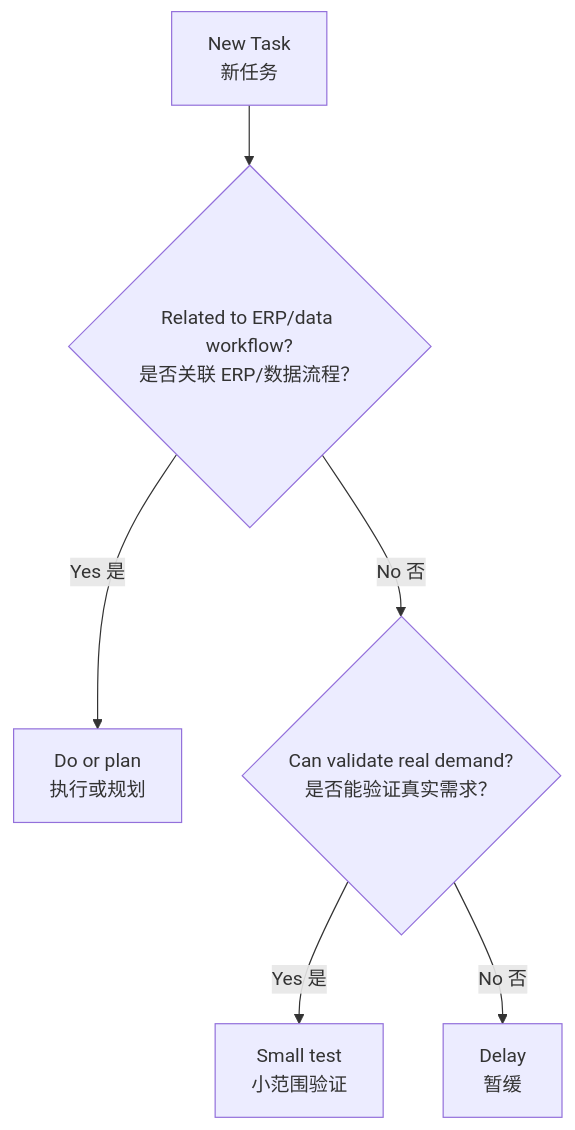
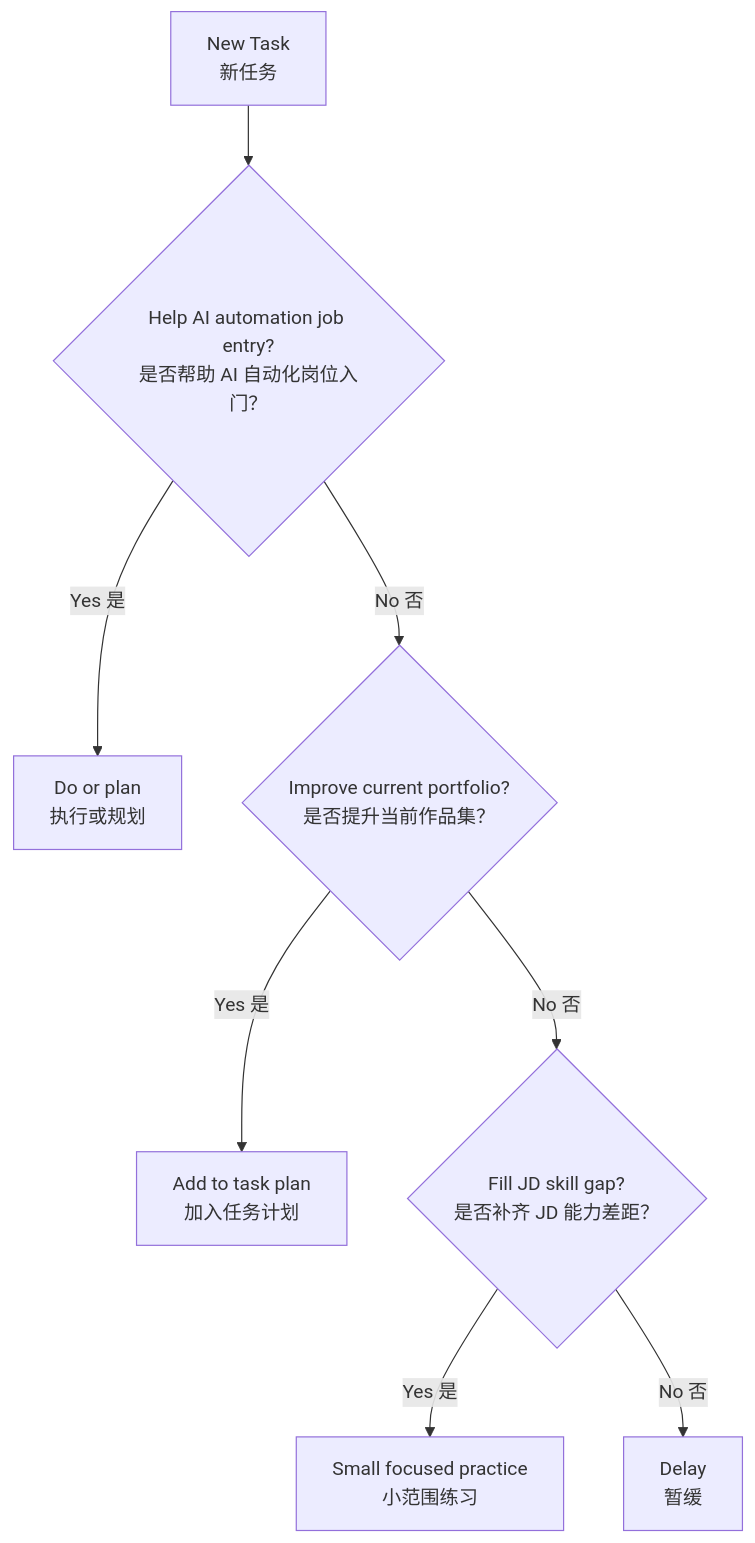
Before and after one commit to sai5585wo/work-plan: the third of 3 diagrams in task-plans/01-overall-roadmap.md, drawn with Mermaid. The commit also changed other lines of this file and 6 other files, not shown here.

````diff
--- a/task-plans/01-overall-roadmap.md
+++ b/task-plans/01-overall-roadmap.md
@@ -155,8 +165,10 @@
 ```mermaid
 flowchart TD
-    A["New Task<br/>新任务"] --> B{"Related to ERP/data workflow?<br/>是否关联 ERP/数据流程？"}
+    A["New Task<br/>新任务"] --> B{"Help AI automation job entry?<br/>是否帮助 AI 自动化岗位入门？"}
     B -- "Yes 是" --> C["Do or plan<br/>执行或规划"]
-    B -- "No 否" --> D{"Can validate real demand?<br/>是否能验证真实需求？"}
-    D -- "Yes 是" --> E["Small test<br/>小范围验证"]
-    D -- "No 否" --> F["Delay<br/>暂缓"]
+    B -- "No 否" --> D{"Improve current portfolio?<br/>是否提升当前作品集？"}
+    D -- "Yes 是" --> E["Add to task plan<br/>加入任务计划"]
+    D -- "No 否" --> F{"Fill JD skill gap?<br/>是否补齐 JD 能力差距？"}
+    F -- "Yes 是" --> G["Small focused practice<br/>小范围练习"]
+    F -- "No 否" --> H["Delay<br/>暂缓"]
 ```
````
